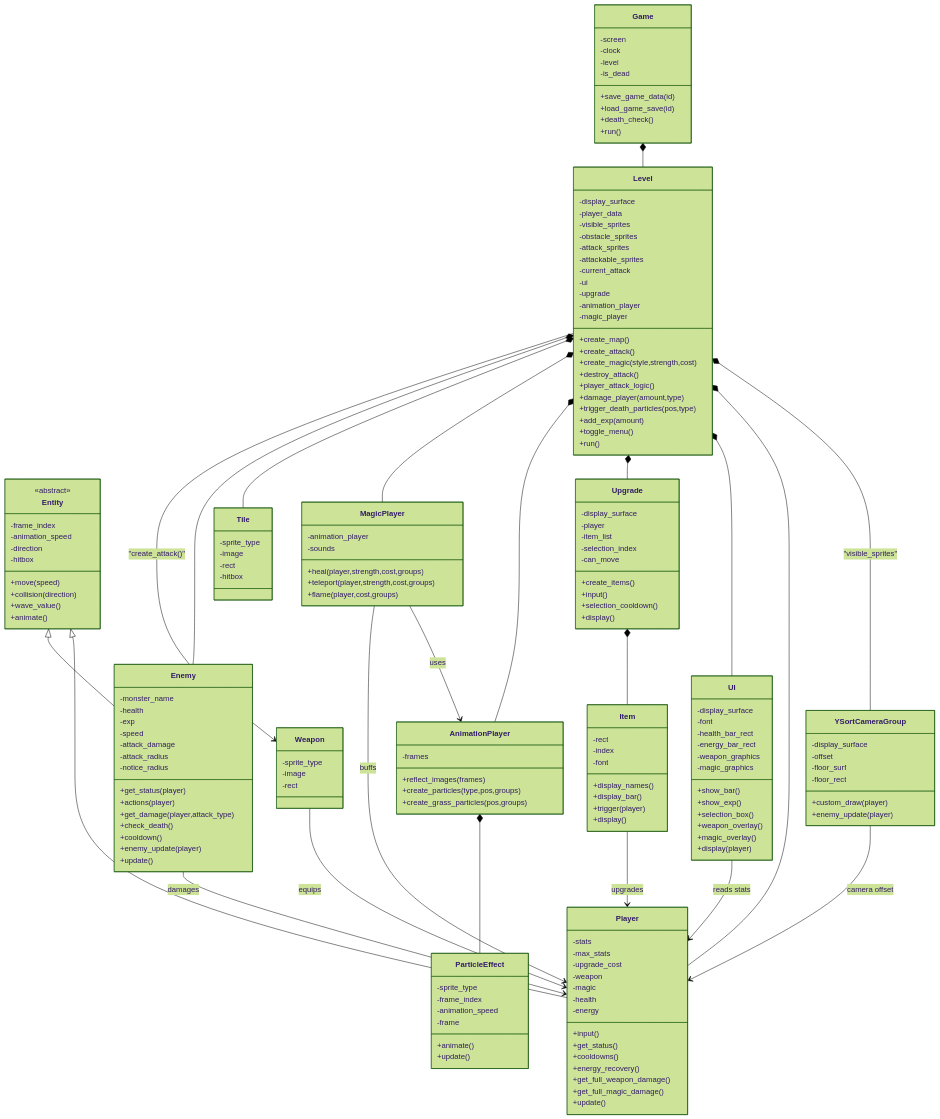
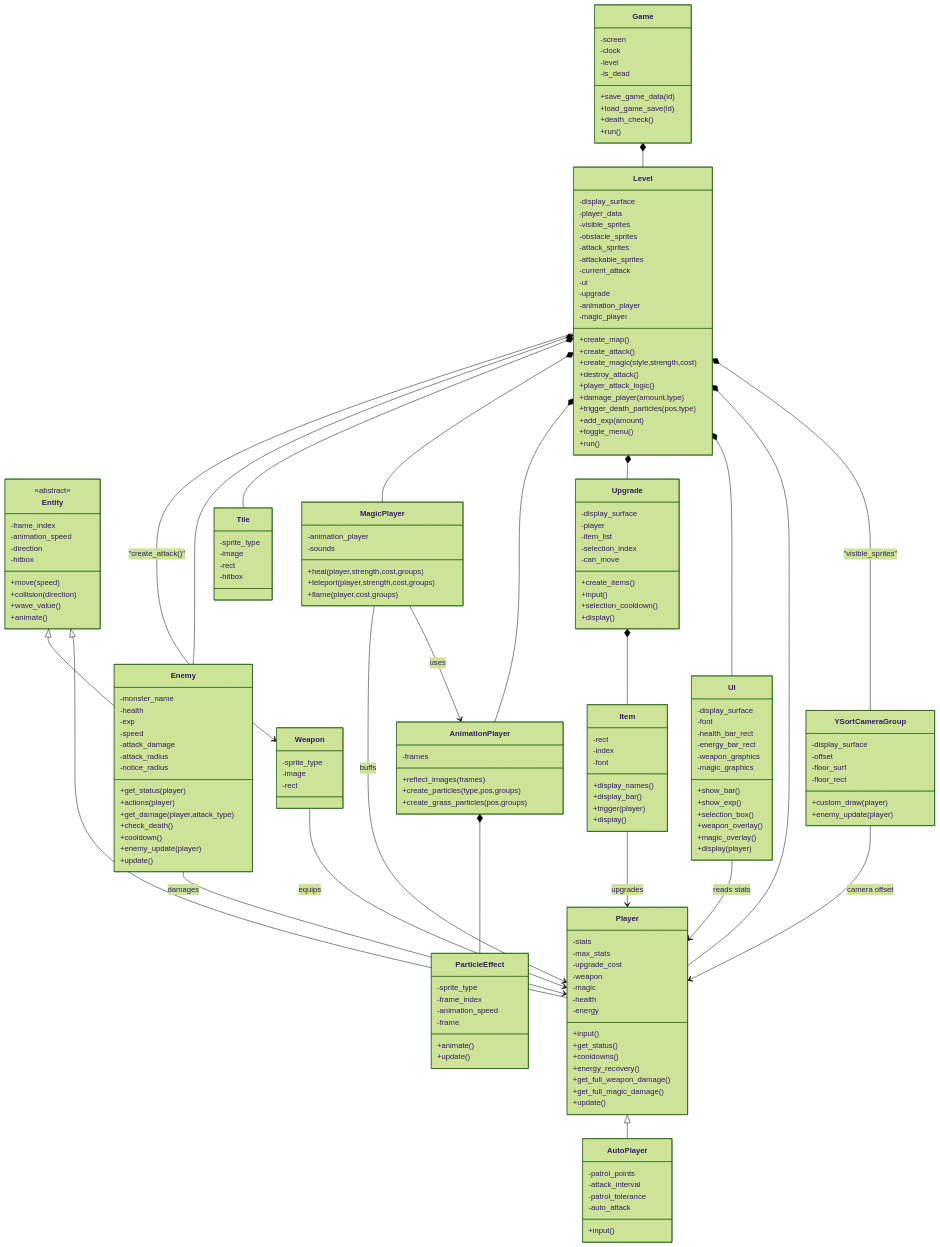
One commit to ARG-NCTU/oop-proj-13-advanture changed the diagram in docs/class-diagram.md. Above: the diagram before and after it, drawn with Mermaid (forest theme). The commit also changed 1 other file, not shown here.

Commit message:
Add AutoPlayer subclass and update UML

```diff
--- a/docs/class-diagram.md
+++ b/docs/class-diagram.md
@@ -73,6 +73,14 @@
         +get_full_weapon_damage()
         +get_full_magic_damage()
         +update()
+    }
+
+    class AutoPlayer {
+        -patrol_points
+        -attack_interval
+        -patrol_tolerance
+        -auto_attack
+        +input()
     }
 
     class Enemy {
@@ -179,6 +187,7 @@
 
     Entity <|-- Player
     Entity <|-- Enemy
+    Player <|-- AutoPlayer
 
     MagicPlayer --> AnimationPlayer : uses
     AnimationPlayer *-- ParticleEffect
```
